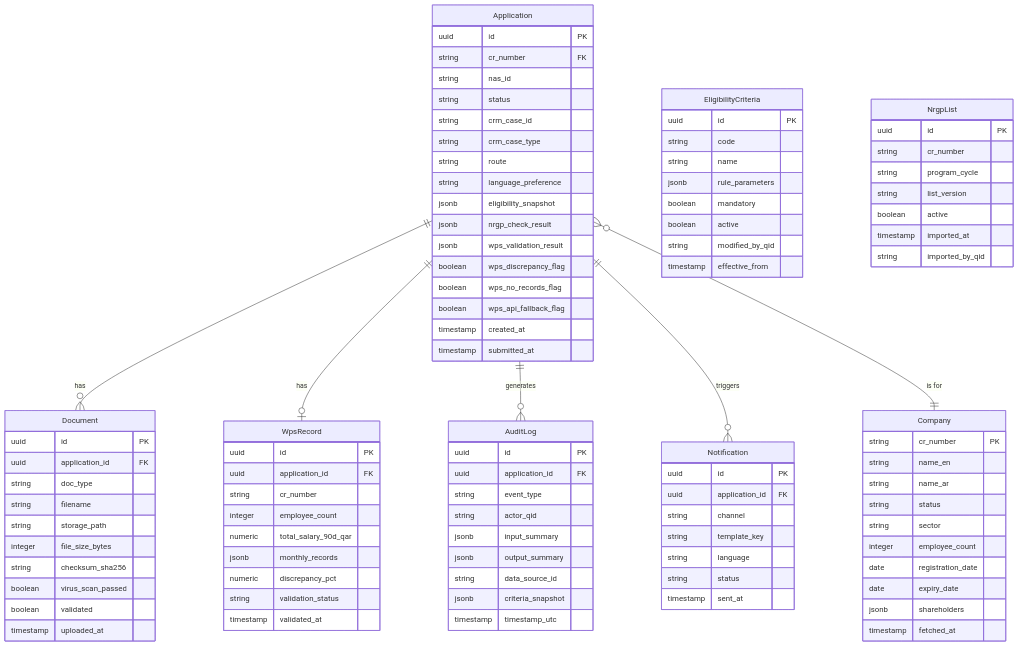
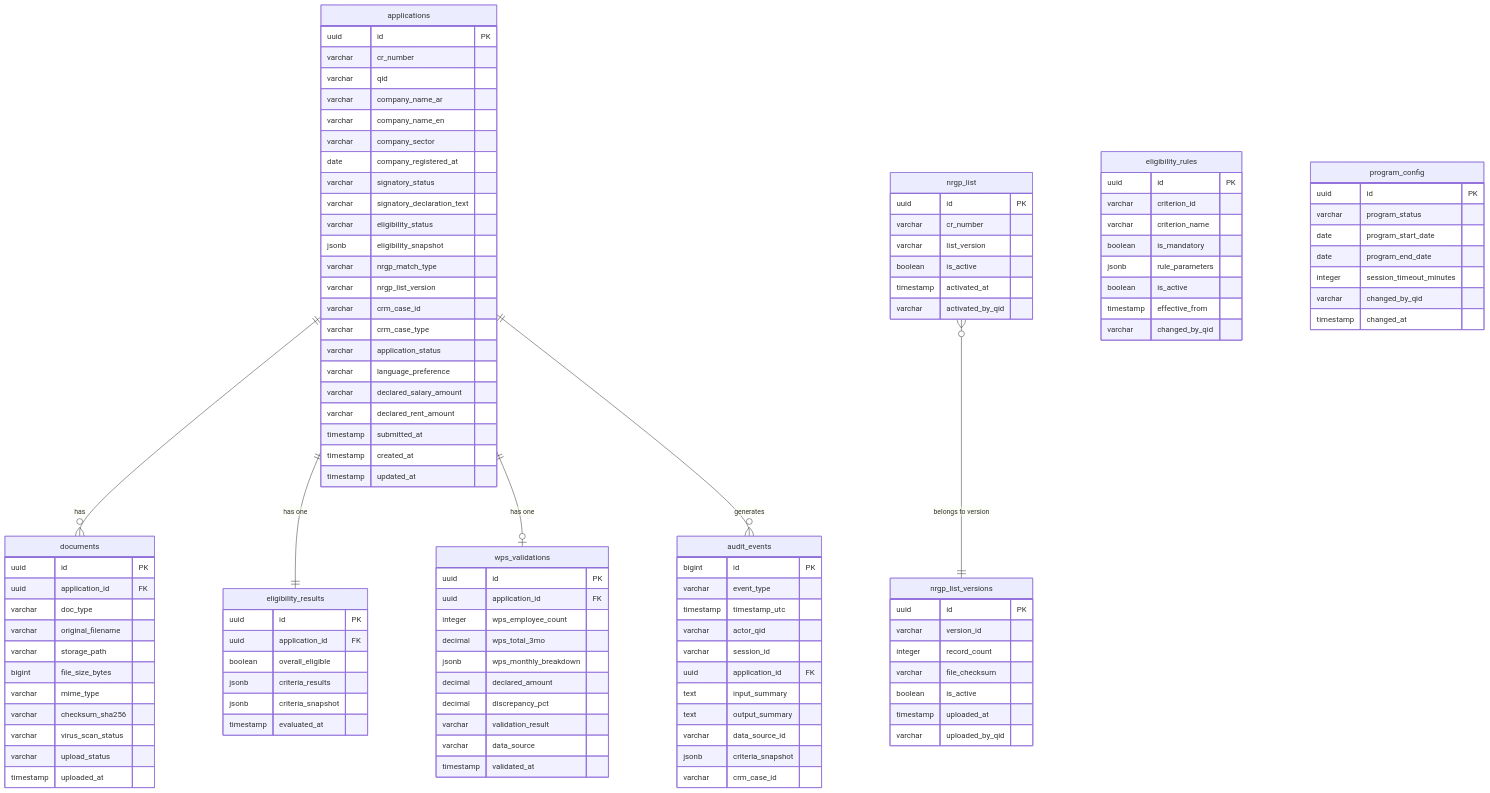
Before and after one commit to Tamoura/Claude-Code-creates-the-SW-company: the tenth of 13 diagrams in products/qdb-sme-relief/docs/ARCHITECTURE.md, drawn with Mermaid. The commit also changed other lines of this file, not shown here.

First line of the commit message:
docs(qdb-sme-relief): add README and architecture documentation

````diff
--- a/products/qdb-sme-relief/docs/ARCHITECTURE.md
+++ b/products/qdb-sme-relief/docs/ARCHITECTURE.md
@@ -383,108 +590,123 @@
 ```mermaid
 erDiagram
-    Application {
+    applications {
         uuid id PK
-        string cr_number FK
-        string nas_id
-        string status
-        string crm_case_id
-        string crm_case_type
-        string route
-        string language_preference
+        varchar cr_number
+        varchar qid
+        varchar company_name_ar
+        varchar company_name_en
+        varchar company_sector
+        date company_registered_at
+        varchar signatory_status
+        varchar signatory_declaration_text
+        varchar eligibility_status
         jsonb eligibility_snapshot
-        jsonb nrgp_check_result
-        jsonb wps_validation_result
-        boolean wps_discrepancy_flag
-        boolean wps_no_records_flag
-        boolean wps_api_fallback_flag
+        varchar nrgp_match_type
+        varchar nrgp_list_version
+        varchar crm_case_id
+        varchar crm_case_type
+        varchar application_status
+        varchar language_preference
+        varchar declared_salary_amount
+        varchar declared_rent_amount
+        timestamp submitted_at
         timestamp created_at
-        timestamp submitted_at
+        timestamp updated_at
     }
 
-    Company {
-        string cr_number PK
-        string name_en
-        string name_ar
-        string status
-        string sector
-        integer employee_count
-        date registration_date
-        date expiry_date
-        jsonb shareholders
-        timestamp fetched_at
+    eligibility_results {
+        uuid id PK
+        uuid application_id FK
+        boolean overall_eligible
+        jsonb criteria_results
+        jsonb criteria_snapshot
+        timestamp evaluated_at
     }
 
-    Document {
+    documents {
         uuid id PK
         uuid application_id FK
-        string doc_type
-        string filename
-        string storage_path
-        integer file_size_bytes
-        string checksum_sha256
-        boolean virus_scan_passed
-        boolean validated
+        varchar doc_type
+        varchar original_filename
+        varchar storage_path
+        bigint file_size_bytes
+        varchar mime_type
+        varchar checksum_sha256
+        varchar virus_scan_status
+        varchar upload_status
         timestamp uploaded_at
     }
 
-    WpsRecord {
+    wps_validations {
         uuid id PK
         uuid application_id FK
-        string cr_number
-        integer employee_count
-        numeric total_salary_90d_qar
-        jsonb monthly_records
-        numeric discrepancy_pct
-        string validation_status
+        integer wps_employee_count
+        decimal wps_total_3mo
+        jsonb wps_monthly_breakdown
+        decimal declared_amount
+        decimal discrepancy_pct
+        varchar validation_result
+        varchar data_source
         timestamp validated_at
     }
 
-    EligibilityCriteria {
-        uuid id PK
-        string code
-        string name
-        jsonb rule_parameters
-        boolean mandatory
-        boolean active
-        string modified_by_qid
-        timestamp effective_from
+    audit_events {
+        bigint id PK
+        varchar event_type
+        timestamp timestamp_utc
+        varchar actor_qid
+        varchar session_id
+        uuid application_id FK
+        text input_summary
+        text output_summary
+        varchar data_source_id
+        jsonb criteria_snapshot
+        varchar crm_case_id
     }
 
-    NrgpList {
+    nrgp_list {
         uuid id PK
-        string cr_number
-        string program_cycle
-        string list_version
-        boolean active
-        timestamp imported_at
-        string imported_by_qid
+        varchar cr_number
+        varchar list_version
+        boolean is_active
+        timestamp activated_at
+        varchar activated_by_qid
     }
 
-    AuditLog {
+    nrgp_list_versions {
         uuid id PK
-        uuid application_id FK
-        string event_type
-        string actor_qid
-        jsonb input_summary
-        jsonb output_summary
-        string data_source_id
-        jsonb criteria_snapshot
-        timestamp timestamp_utc
+        varchar version_id
+        integer record_count
+        varchar file_checksum
+        boolean is_active
+        timestamp uploaded_at
+        varchar uploaded_by_qid
     }
 
-    Notification {
+    eligibility_rules {
         uuid id PK
-        uuid application_id FK
-        string channel
-        string template_key
-        string language
-        string status
-        timestamp sent_at
+        varchar criterion_id
+        varchar criterion_name
+        boolean is_mandatory
+        jsonb rule_parameters
+        boolean is_active
+        timestamp effective_from
+        varchar changed_by_qid
     }
 
-    Application ||--o{ Document : "has"
-    Application ||--o| WpsRecord : "has"
-    Application ||--o{ AuditLog : "generates"
-    Application ||--o{ Notification : "triggers"
-    Application }o--|| Company : "is for"
+    program_config {
+        uuid id PK
+        varchar program_status
+        date program_start_date
+        date program_end_date
+        integer session_timeout_minutes
+        varchar changed_by_qid
+        timestamp changed_at
+    }
+
+    applications ||--o{ documents : "has"
+    applications ||--|| eligibility_results : "has one"
+    applications ||--o| wps_validations : "has one"
+    applications ||--o{ audit_events : "generates"
+    nrgp_list }o--|| nrgp_list_versions : "belongs to version"
 ```
````
